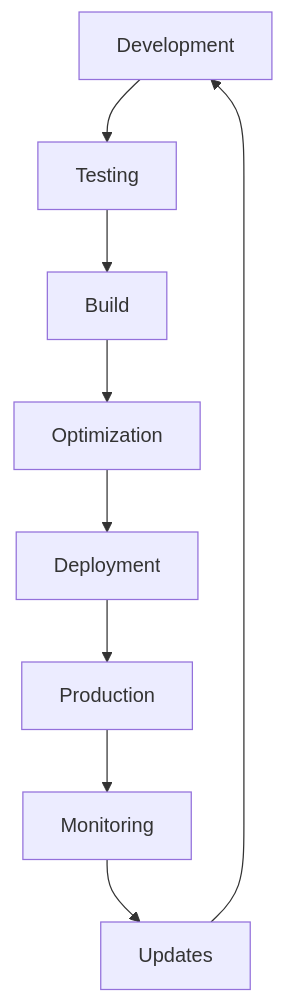
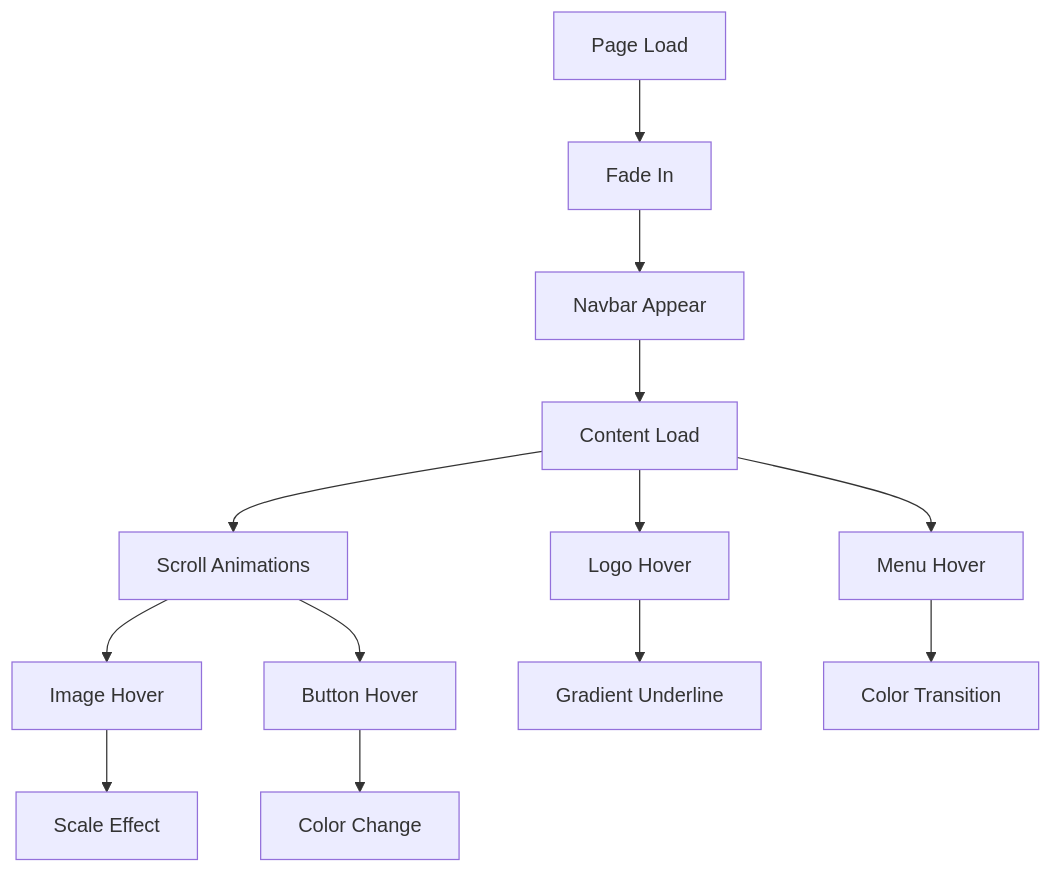
Before and after one commit to yolithrones/bridges-website-app: the sixth of 6 diagrams in documentation/FLOW_CHARTS.md, drawn with Mermaid. The commit also changed other lines of this file and 16 other files, not shown here.

````diff
--- a/documentation/FLOW_CHARTS.md
+++ b/documentation/FLOW_CHARTS.md
@@ -132,11 +161,19 @@
 ```mermaid
 graph TD
-    A[Development] --> B[Testing]
-    B --> C[Build]
-    C --> D[Optimization]
-    D --> E[Deployment]
-    E --> F[Production]
-    F --> G[Monitoring]
-    G --> H[Updates]
-    H --> A
+    A[Page Load] --> B[Fade In]
+    B --> C[Navbar Appear]
+    C --> D[Content Load]
+    
+    D --> E[Scroll Animations]
+    E --> F[Image Hover]
+    E --> G[Button Hover]
+    
+    F --> H[Scale Effect]
+    G --> I[Color Change]
+    
+    D --> J[Logo Hover]
+    J --> K[Gradient Underline]
+    
+    D --> L[Menu Hover]
+    L --> M[Color Transition]
 ```
````
